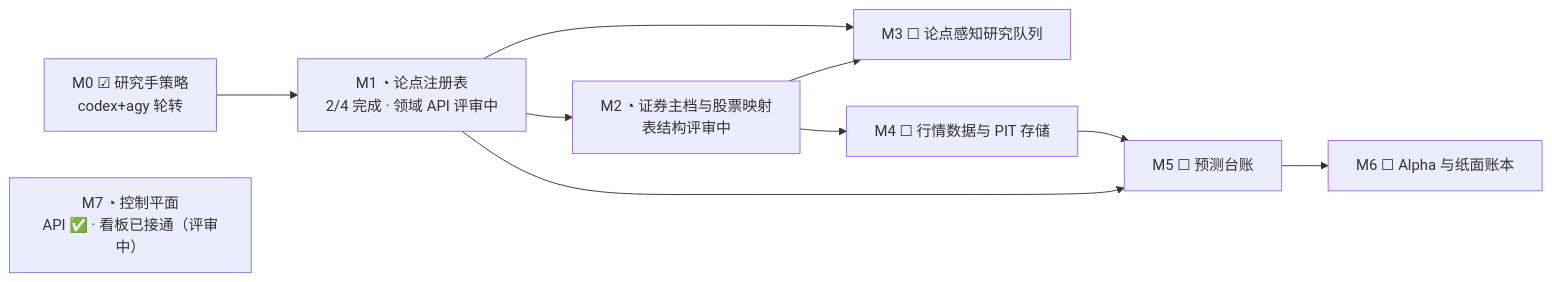
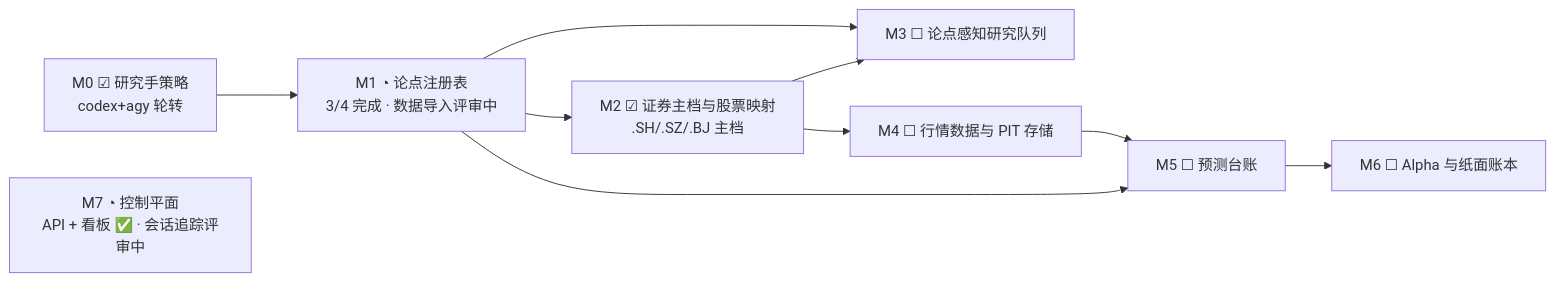
One commit to dmquant/institute-one changed the first of 2 diagrams in README.zh-CN.md. Above: the diagram before and after it, drawn with Mermaid. The commit also changed other lines of this file and 11 other files, not shown here.

````diff
--- a/README.zh-CN.md
+++ b/README.zh-CN.md
@@ -155,15 +155,15 @@
 ```mermaid
 flowchart LR
     M0["M0 ☑ 研究手策略<br/>codex+agy 轮转"]
-    M1["M1 ◔ 论点注册表<br/>2/4 完成 · 领域 API 评审中"]
-    M2["M2 ◔ 证券主档与股票映射<br/>表结构评审中"]
+    M1["M1 ◔ 论点注册表<br/>3/4 完成 · 数据导入评审中"]
+    M2["M2 ☑ 证券主档与股票映射<br/>.SH/.SZ/.BJ 主档"]
     M3["M3 ☐ 论点感知研究队列"]
     M4["M4 ☐ 行情数据与 PIT 存储"]
     M5["M5 ☐ 预测台账"]
     M6["M6 ☐ Alpha 与纸面账本"]
-    M7["M7 ◔ 控制平面<br/>API ✅ · 看板已接通（评审中）"]
+    M7["M7 ◔ 控制平面<br/>API + 看板 ✅ · 会话追踪评审中"]
     M0 --> M1 --> M2
     M1 & M2 --> M3
     M2 --> M4 --> M5 --> M6
     M1 --> M5
 ```
````
